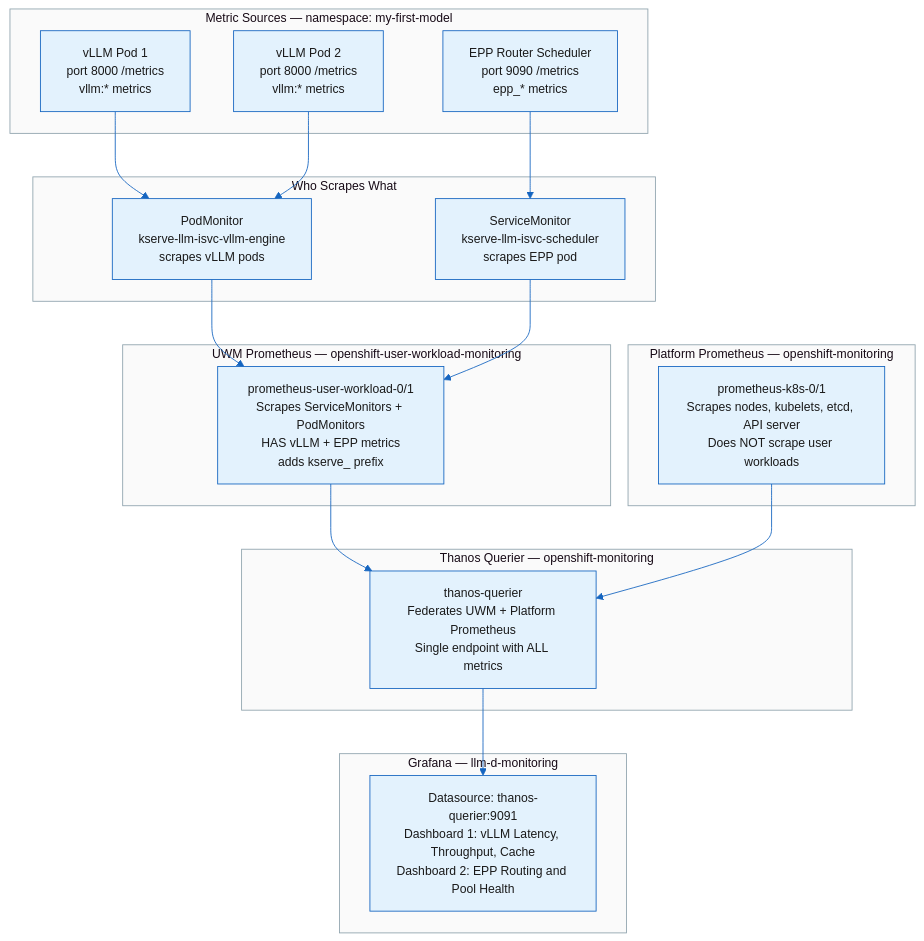
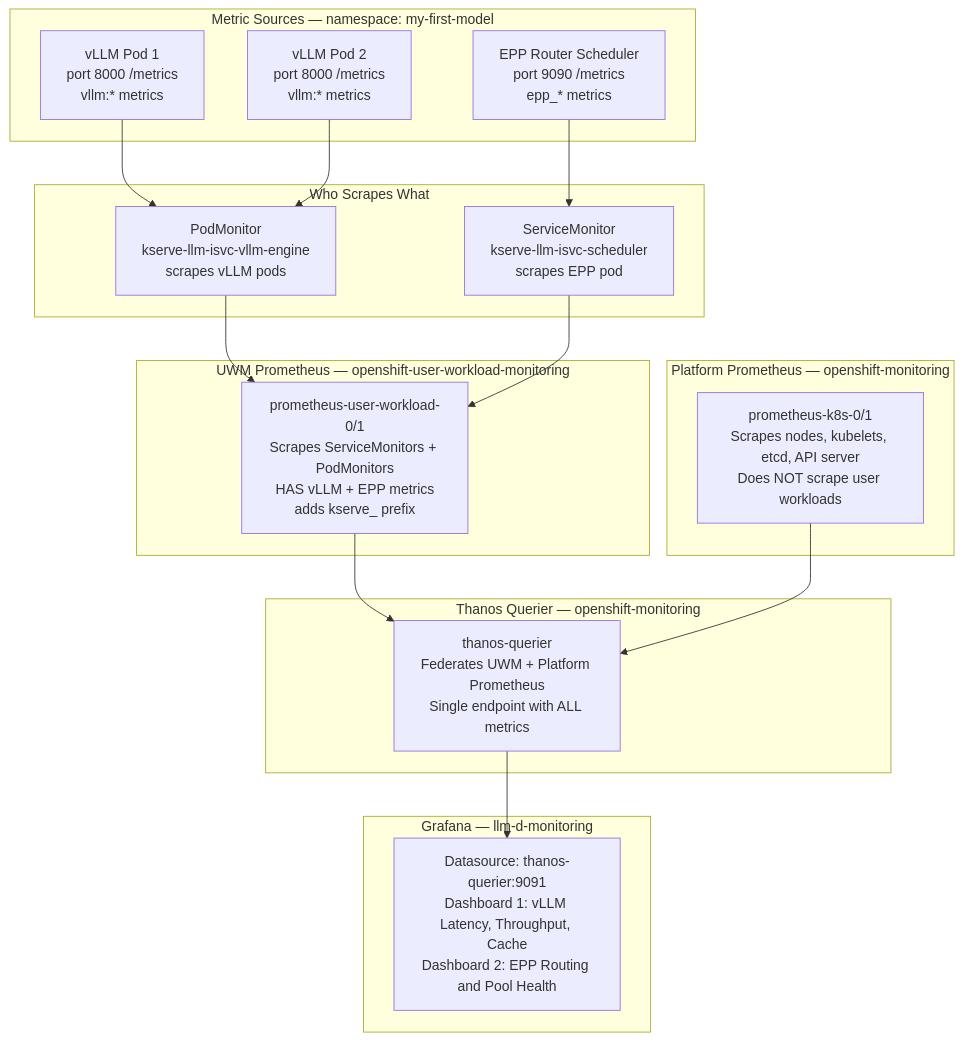
Before and after one commit to nirjhar17/llm-d-observability-openshift: the diagram in blog-observability-llm-d-openshift-ai.md, drawn with Mermaid. The commit also changed 1 other file, not shown here.

Commit message:
Fix Mermaid rendering: robust code block detection, neutral theme
- Rewrite JS to detect mermaid blocks by class name OR content prefix
- Use mermaid ESM module import for reliable loading
- Switch to 'neutral' theme (clean grays and blues)
- Remove inline theme override from blog markdown

````diff
--- a/blog-observability-llm-d-openshift-ai.md
+++ b/blog-observability-llm-d-openshift-ai.md
@@ -67,39 +67,38 @@
 ```mermaid
-%%{init: {'theme': 'base', 'themeVariables': { 'primaryColor': '#e3f2fd', 'primaryTextColor': '#1a1a1a', 'primaryBorderColor': '#1565c0', 'lineColor': '#1565c0', 'secondaryColor': '#f3e5f5', 'tertiaryColor': '#e8f5e9', 'clusterBkg': '#fafafa', 'clusterBorder': '#90a4ae', 'edgeLabelBackground': '#ffffff', 'fontSize': '14px'}}}%%
 flowchart TD
     subgraph Sources["Metric Sources — namespace: my-first-model"]
         vLLM1["vLLM Pod 1<br/>port 8000 /metrics<br/>vllm:* metrics"]
         vLLM2["vLLM Pod 2<br/>port 8000 /metrics<br/>vllm:* metrics"]
         EPP["EPP Router Scheduler<br/>port 9090 /metrics<br/>epp_* metrics"]
     end
 
     subgraph Scraping["Who Scrapes What"]
         PM["PodMonitor<br/>kserve-llm-isvc-vllm-engine<br/>scrapes vLLM pods"]
         SM["ServiceMonitor<br/>kserve-llm-isvc-scheduler<br/>scrapes EPP pod"]
     end
 
     subgraph UWM["UWM Prometheus — openshift-user-workload-monitoring"]
         PUWM["prometheus-user-workload-0/1<br/>Scrapes ServiceMonitors + PodMonitors<br/>HAS vLLM + EPP metrics<br/>adds kserve_ prefix"]
     end
 
     subgraph Platform["Platform Prometheus — openshift-monitoring"]
         PK["prometheus-k8s-0/1<br/>Scrapes nodes, kubelets, etcd, API server<br/>Does NOT scrape user workloads"]
     end
 
     subgraph Thanos["Thanos Querier — openshift-monitoring"]
         TQ["thanos-querier<br/>Federates UWM + Platform Prometheus<br/>Single endpoint with ALL metrics"]
     end
 
     subgraph GrafanaBox["Grafana — llm-d-monitoring"]
         GR["Datasource: thanos-querier:9091<br/>Dashboard 1: vLLM Latency, Throughput, Cache<br/>Dashboard 2: EPP Routing and Pool Health"]
     end
 
     vLLM1 --> PM
     vLLM2 --> PM
     EPP --> SM
     PM --> PUWM
     SM --> PUWM
     PUWM --> TQ
     PK --> TQ
     TQ --> GR
 ```
````
